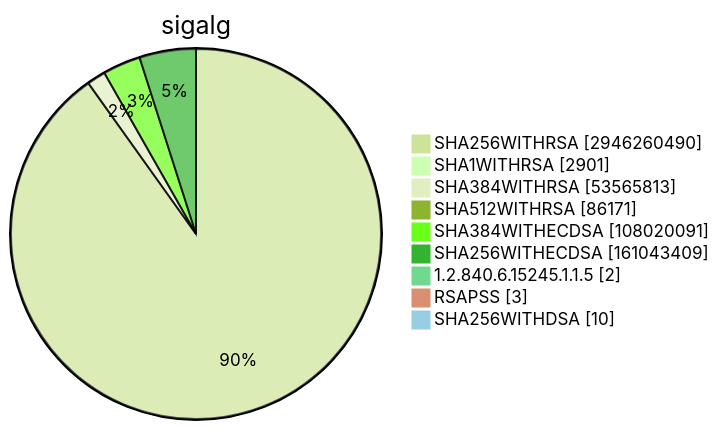
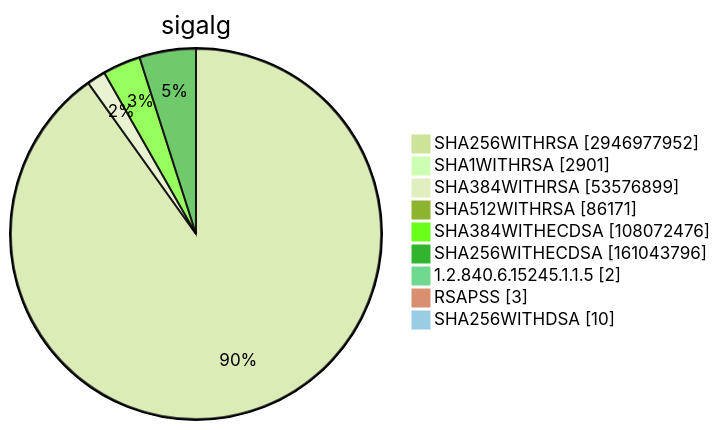
One commit to christiankrug/ctmonitor_visualization changed diagram 15 of 15 in TOTAL/README.md. Above: the diagram before and after it, drawn with Mermaid (forest theme). The commit also changed other lines of this file, not shown here.

````diff
--- a/TOTAL/README.md
+++ b/TOTAL/README.md
@@ -6207,13 +6207,13 @@
 ```mermaid
 pie showData
 title sigalg
-"SHA256WITHRSA" :2946260490
+"SHA256WITHRSA" :2946977952
 "SHA1WITHRSA" :2901
-"SHA384WITHRSA" :53565813
+"SHA384WITHRSA" :53576899
 "SHA512WITHRSA" :86171
-"SHA384WITHECDSA" :108020091
-"SHA256WITHECDSA" :161043409
+"SHA384WITHECDSA" :108072476
+"SHA256WITHECDSA" :161043796
 "1.2.840.6.15245.1.1.5" :2
 "RSAPSS" :3
 "SHA256WITHDSA" :10
 ```
````
